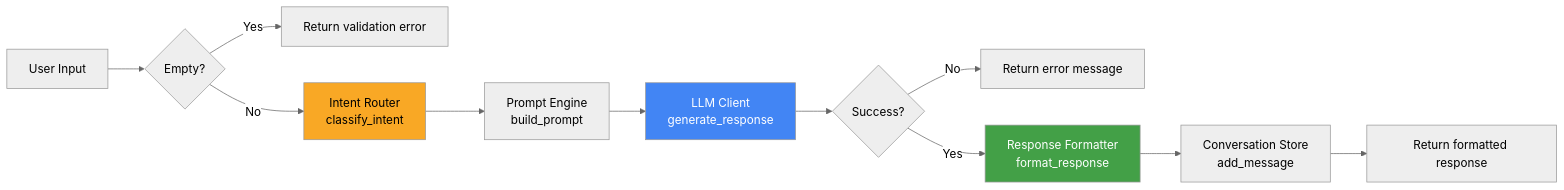
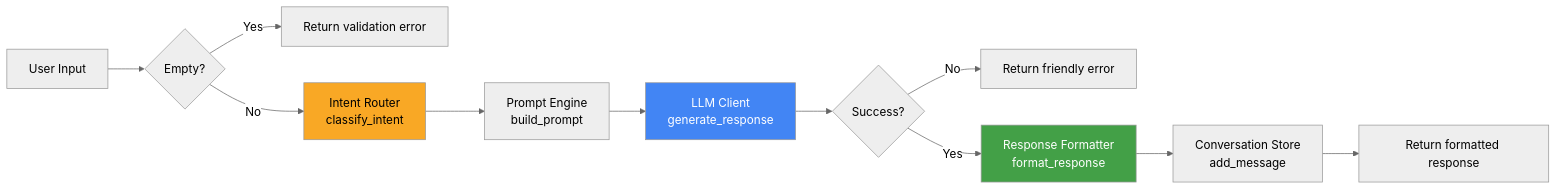
Before and after one commit to EHTESHAM1231/chatbot: the third of 6 diagrams in README.md, drawn with Mermaid (neutral theme). The commit also changed other lines of this file, not shown here.

````diff
--- a/README.md
+++ b/README.md
@@ -103,17 +158,17 @@
 ```mermaid
 flowchart LR
     A[User Input] --> B{Empty?}
     B -->|Yes| B1[Return validation error]
     B -->|No| C[Intent Router<br/>classify_intent]
     C --> D[Prompt Engine<br/>build_prompt]
     D --> E[LLM Client<br/>generate_response]
     E --> F{Success?}
-    F -->|No| F1[Return error message]
+    F -->|No| F1[Return friendly error]
     F -->|Yes| G[Response Formatter<br/>format_response]
     G --> H[Conversation Store<br/>add_message]
     H --> I[Return formatted response]
 
     style C fill:#f9a825,color:#000
     style E fill:#4285F4,color:#fff
     style G fill:#43a047,color:#fff
 ```
````
